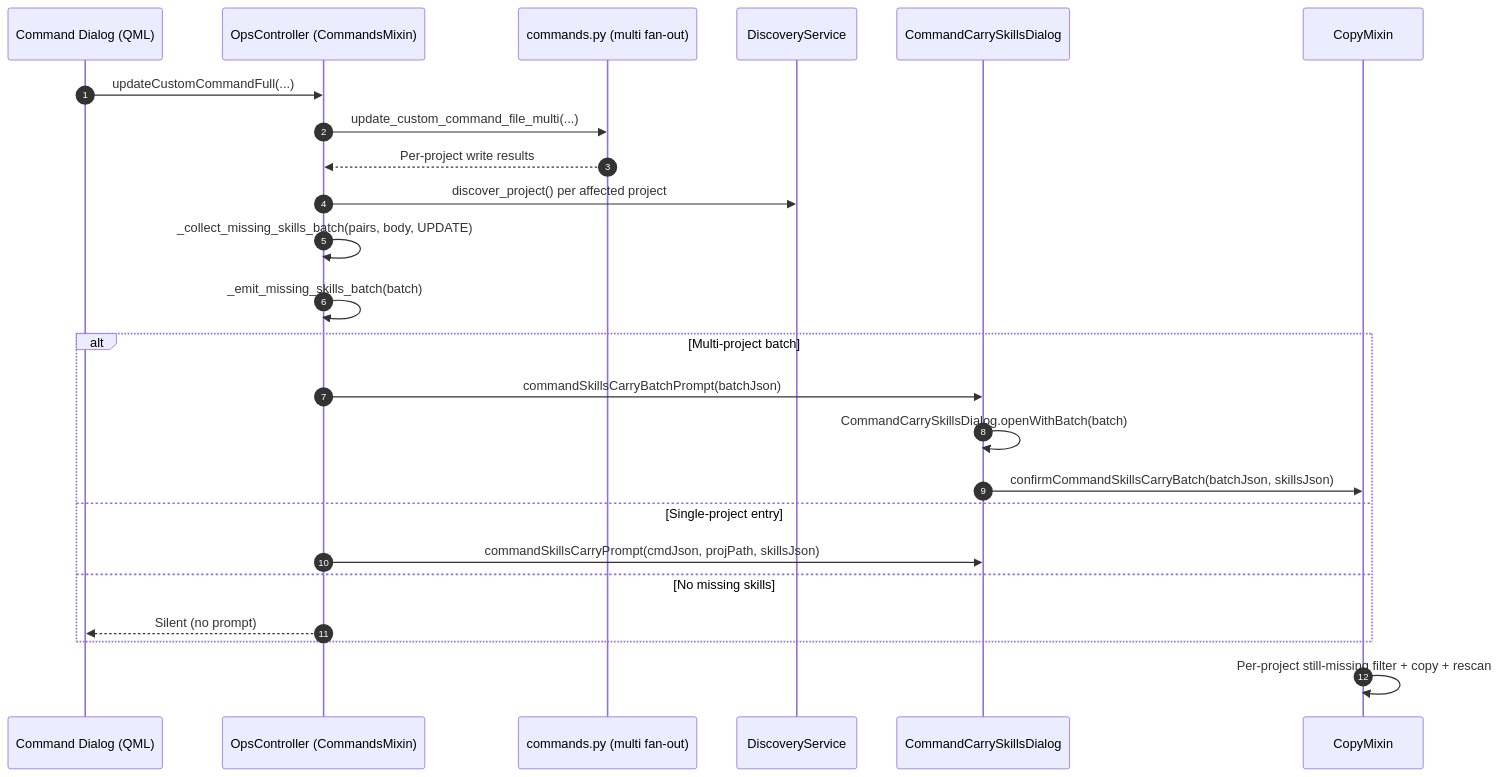
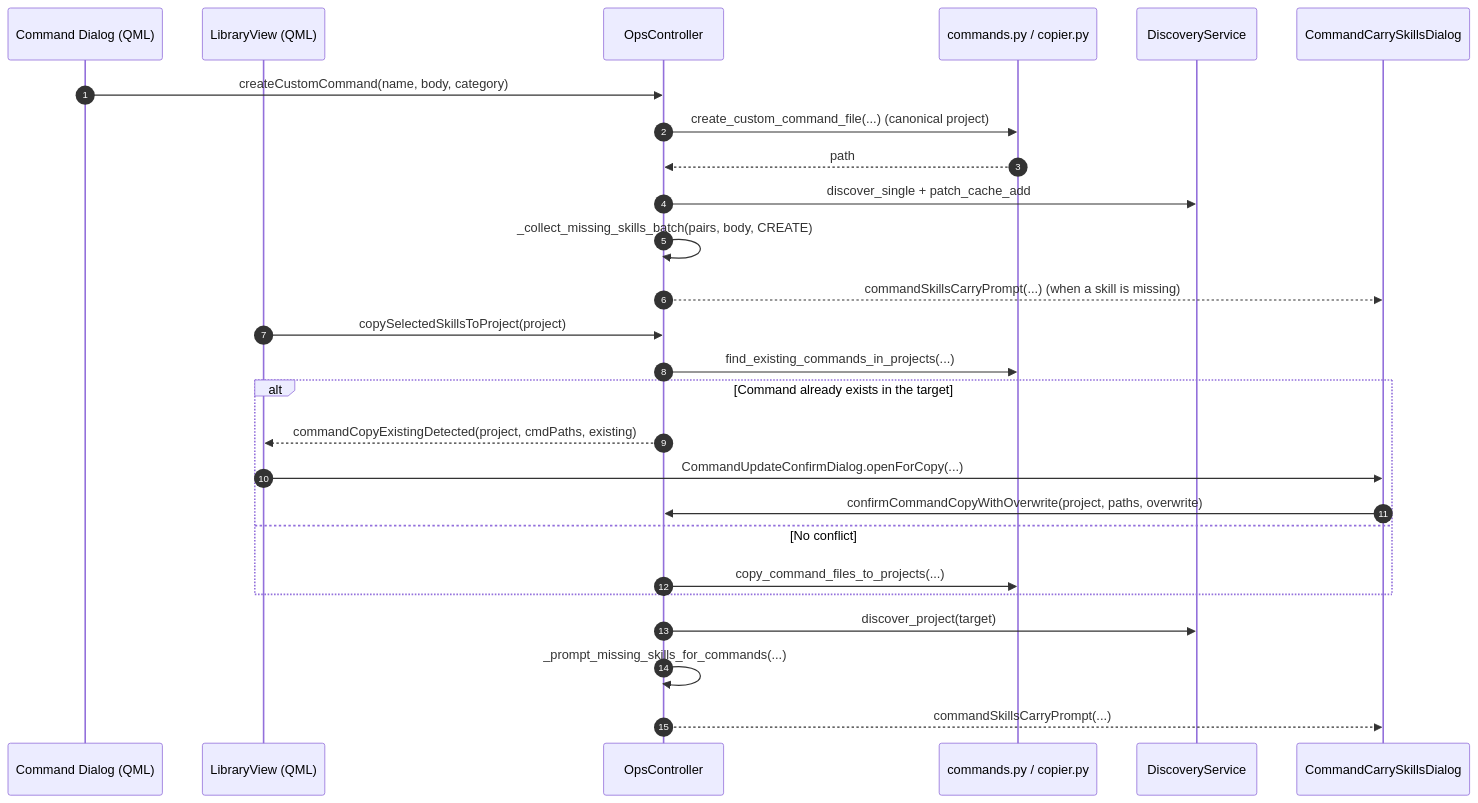
The sixth of 15 diagrams in docs/ARCHITECTURE.md (dishanagalawatta/SkillManager), drawn with Mermaid before and after one commit. The commit also changed other lines of this file and 114 other files, not shown here.

````diff
--- a/docs/ARCHITECTURE.md
+++ b/docs/ARCHITECTURE.md
@@ -327,27 +397,30 @@
 ```mermaid
 sequenceDiagram
     autonumber
     participant UI as Command Dialog (QML)
-    participant Ops as OpsController (CommandsMixin)
-    participant Core as commands.py (multi fan-out)
+    participant Lib as LibraryView (QML)
+    participant Ops as OpsController
+    participant Core as commands.py / copier.py
     participant Disc as DiscoveryService
     participant QML as CommandCarrySkillsDialog
-    participant Copy as CopyMixin
 
-    UI->>Ops: updateCustomCommandFull(...)
-    Ops->>Core: update_custom_command_file_multi(...)
-    Core-->>Ops: Per-project write results
-    Ops->>Disc: discover_project() per affected project
-    Ops->>Ops: _collect_missing_skills_batch(pairs, body, UPDATE)
-    Ops->>Ops: _emit_missing_skills_batch(batch)
-    alt Multi-project batch
-        Ops->>QML: commandSkillsCarryBatchPrompt(batchJson)
-        QML->>QML: CommandCarrySkillsDialog.openWithBatch(batch)
-        QML->>Copy: confirmCommandSkillsCarryBatch(batchJson, skillsJson)
-    else Single-project entry
-        Ops->>QML: commandSkillsCarryPrompt(cmdJson, projPath, skillsJson)
-    else No missing skills
-        Ops-->>UI: Silent (no prompt)
+    UI->>Ops: createCustomCommand(name, body, category)
+    Ops->>Core: create_custom_command_file(...)  (canonical project)
+    Core-->>Ops: path
+    Ops->>Disc: discover_single + patch_cache_add
+    Ops->>Ops: _collect_missing_skills_batch(pairs, body, CREATE)
+    Ops-->>QML: commandSkillsCarryPrompt(...)  (when a skill is missing)
+
+    Lib->>Ops: copySelectedSkillsToProject(project)
+    Ops->>Core: find_existing_commands_in_projects(...)
+    alt Command already exists in the target
+        Ops-->>Lib: commandCopyExistingDetected(project, cmdPaths, existing)
+        Lib->>QML: CommandUpdateConfirmDialog.openForCopy(...)
+        QML->>Ops: confirmCommandCopyWithOverwrite(project, paths, overwrite)
+    else No conflict
+        Ops->>Core: copy_command_files_to_projects(...)
     end
-    Copy->>Copy: Per-project still-missing filter + copy + rescan
+    Ops->>Disc: discover_project(target)
+    Ops->>Ops: _prompt_missing_skills_for_commands(...)
+    Ops-->>QML: commandSkillsCarryPrompt(...)
 ```
````
